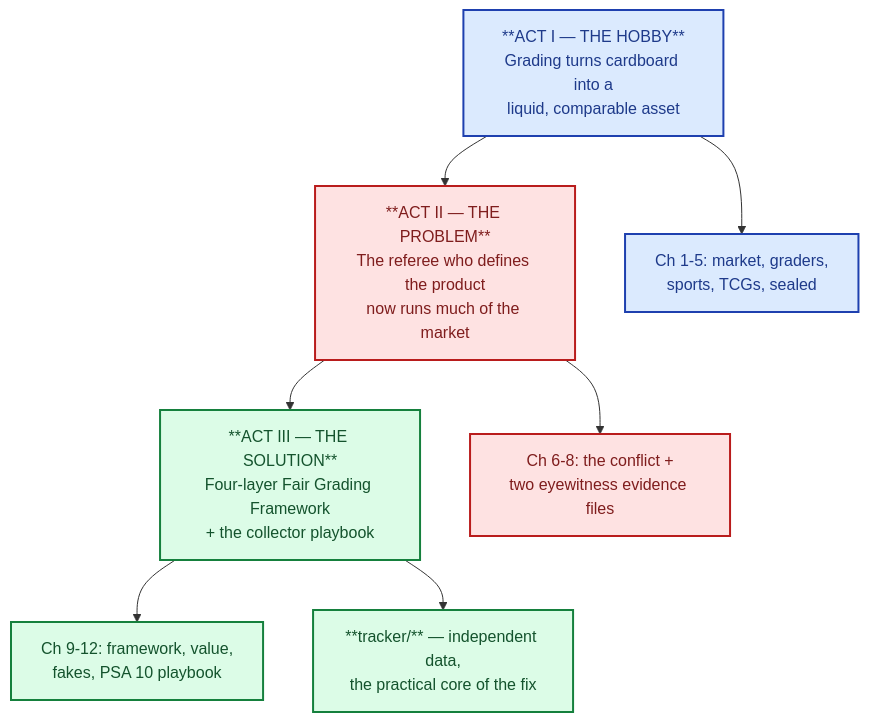
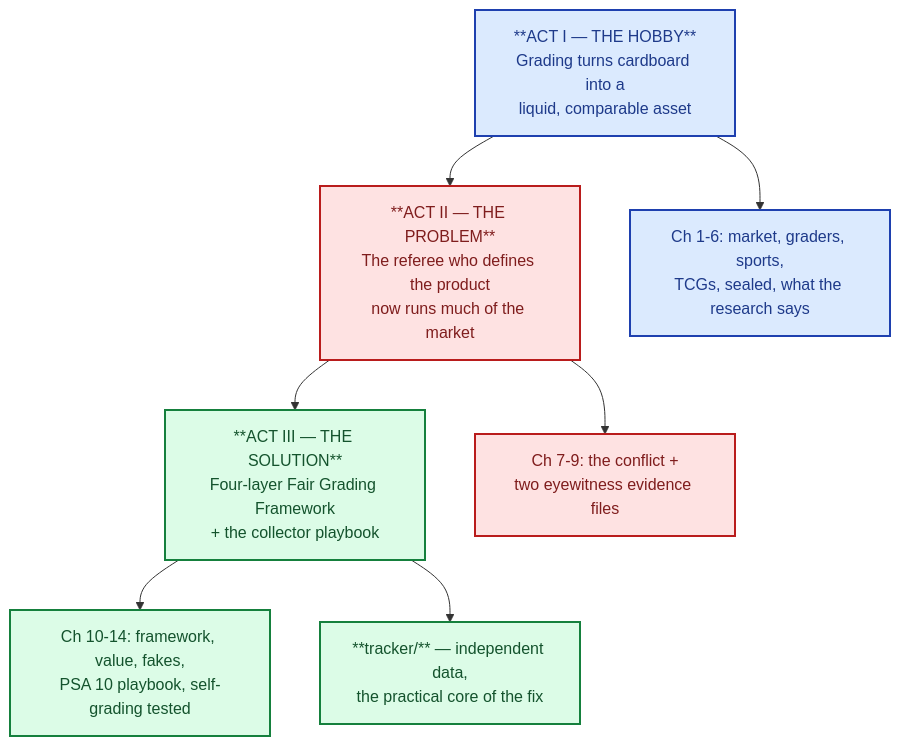
One commit to m0n3r0/trading-card-collector changed the diagram in README.md. Above: the diagram before and after it, drawn with Mermaid. The commit also changed other lines of this file and 14 other files, not shown here.

````diff
--- a/README.md
+++ b/README.md
@@ -6,22 +6,22 @@
 ```mermaid
 
 flowchart TD
 classDef act1 fill:#dbeafe,stroke:#1e40af,stroke-width:2px,color:#1e3a8a;
 classDef act2 fill:#fee2e2,stroke:#b91c1c,stroke-width:2px,color:#7f1d1d;
 classDef act3 fill:#dcfce7,stroke:#15803d,stroke-width:2px,color:#14532d;
 classDef key fill:#fde68a,stroke:#b45309,stroke-width:2.5px,color:#78350f;
 classDef risk fill:#fecaca,stroke:#991b1b,stroke-width:2px,color:#7f1d1d;
 classDef verify fill:#bbf7d0,stroke:#15803d,stroke-width:2px,color:#14532d;
 classDef unv fill:#fef3c7,stroke:#b45309,stroke-width:2px,stroke-dasharray:6 4,color:#78350f;
 classDef money fill:#fef9c3,stroke:#a16207,stroke-width:2px,color:#713f12;
 classDef flow fill:#f1f5f9,stroke:#64748b,stroke-width:1.5px,color:#334155;
 classDef endg fill:#e2e8f0,stroke:#475569,stroke-width:2px,color:#1e293b;
   A["**ACT I — THE HOBBY**<br/>Grading turns cardboard into a<br/>liquid, comparable asset"]:::act1 --> B
   B["**ACT II — THE PROBLEM**<br/>The referee who defines the product<br/>now runs much of the market"]:::act2 --> C
   C["**ACT III — THE SOLUTION**<br/>Four-layer Fair Grading Framework<br/>+ the collector playbook"]:::act3
 
-  A --> A1["Ch 1-5: market, graders,<br/>sports, TCGs, sealed"]:::act1
-  B --> B1["Ch 6-8: the conflict +<br/>two eyewitness evidence files"]:::act2
-  C --> C1["Ch 9-12: framework, value,<br/>fakes, PSA 10 playbook"]:::act3
+  A --> A1["Ch 1-6: market, graders, sports,<br/>TCGs, sealed, what the research says"]:::act1
+  B --> B1["Ch 7-9: the conflict +<br/>two eyewitness evidence files"]:::act2
+  C --> C1["Ch 10-14: framework, value, fakes,<br/>PSA 10 playbook, self-grading tested"]:::act3
   C --> T["**tracker/** — independent data,<br/>the practical core of the fix"]:::act3
 ```
````
